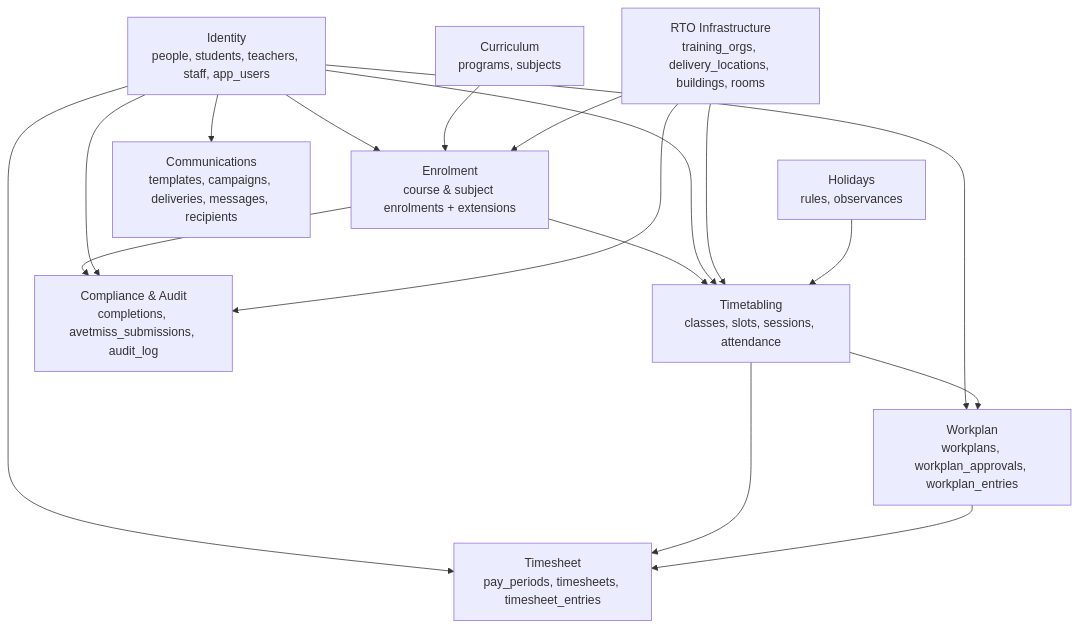
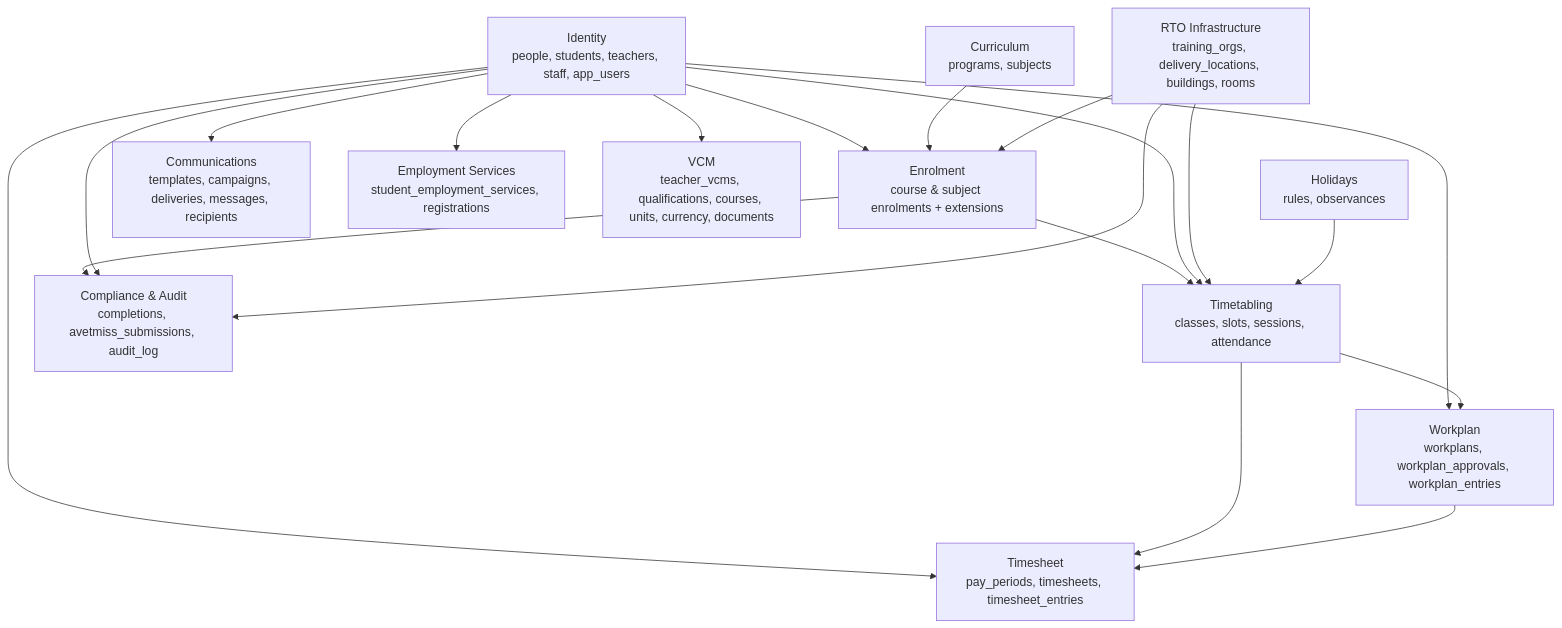
Before and after one commit to harleycalvert/nvims: the first of 13 diagrams in docs/DATABASE.md, drawn with Mermaid. The commit also changed other lines of this file and 4 other files, not shown here.

Commit message:
added VCM to database schema

````diff
--- a/docs/DATABASE.md
+++ b/docs/DATABASE.md
@@ -77,30 +79,34 @@
 ```mermaid
 graph TD
     P[Identity<br/>people, students, teachers, staff, app_users]
     C[Curriculum<br/>programs, subjects]
     E[Enrolment<br/>course & subject enrolments + extensions]
     I[RTO Infrastructure<br/>training_orgs, delivery_locations, buildings, rooms]
     T[Timetabling<br/>classes, slots, sessions, attendance]
     H[Holidays<br/>rules, observances]
     M[Communications<br/>templates, campaigns, deliveries, messages, recipients]
     A[Compliance & Audit<br/>completions, avetmiss_submissions, audit_log]
     W[Workplan<br/>workplans, workplan_approvals, workplan_entries]
     S[Timesheet<br/>pay_periods, timesheets, timesheet_entries]
+    ES[Employment Services<br/>student_employment_services, registrations]
+    V[VCM<br/>teacher_vcms, qualifications, courses, units, currency, documents]
 
     P --> E
     C --> E
     I --> E
     E --> T
     P --> T
     I --> T
     H --> T
     P --> M
     E --> A
     P --> A
     I --> A
     P --> W
     T --> W
     P --> S
     T --> S
     W --> S
+    P --> ES
+    P --> V
 ```
````
